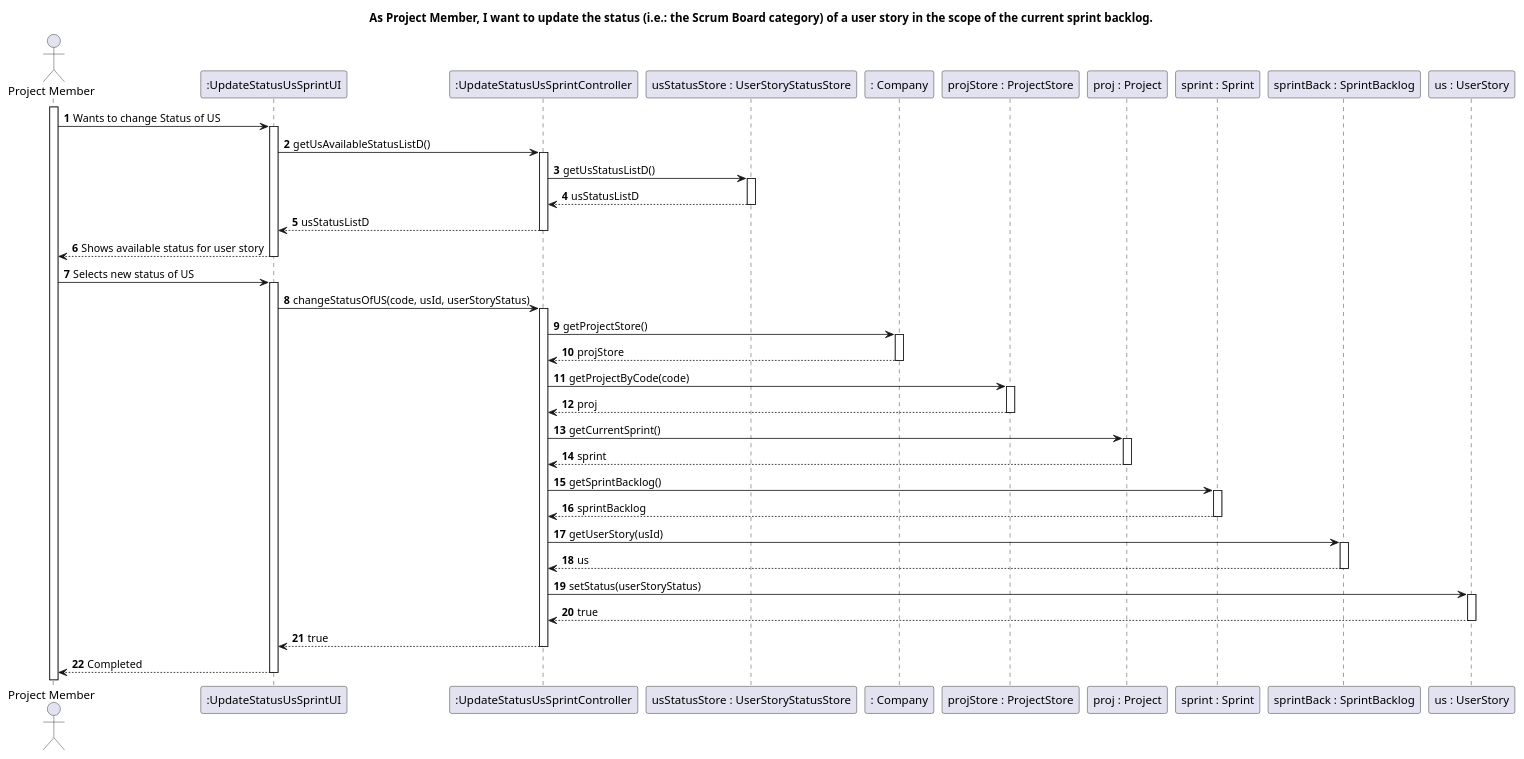
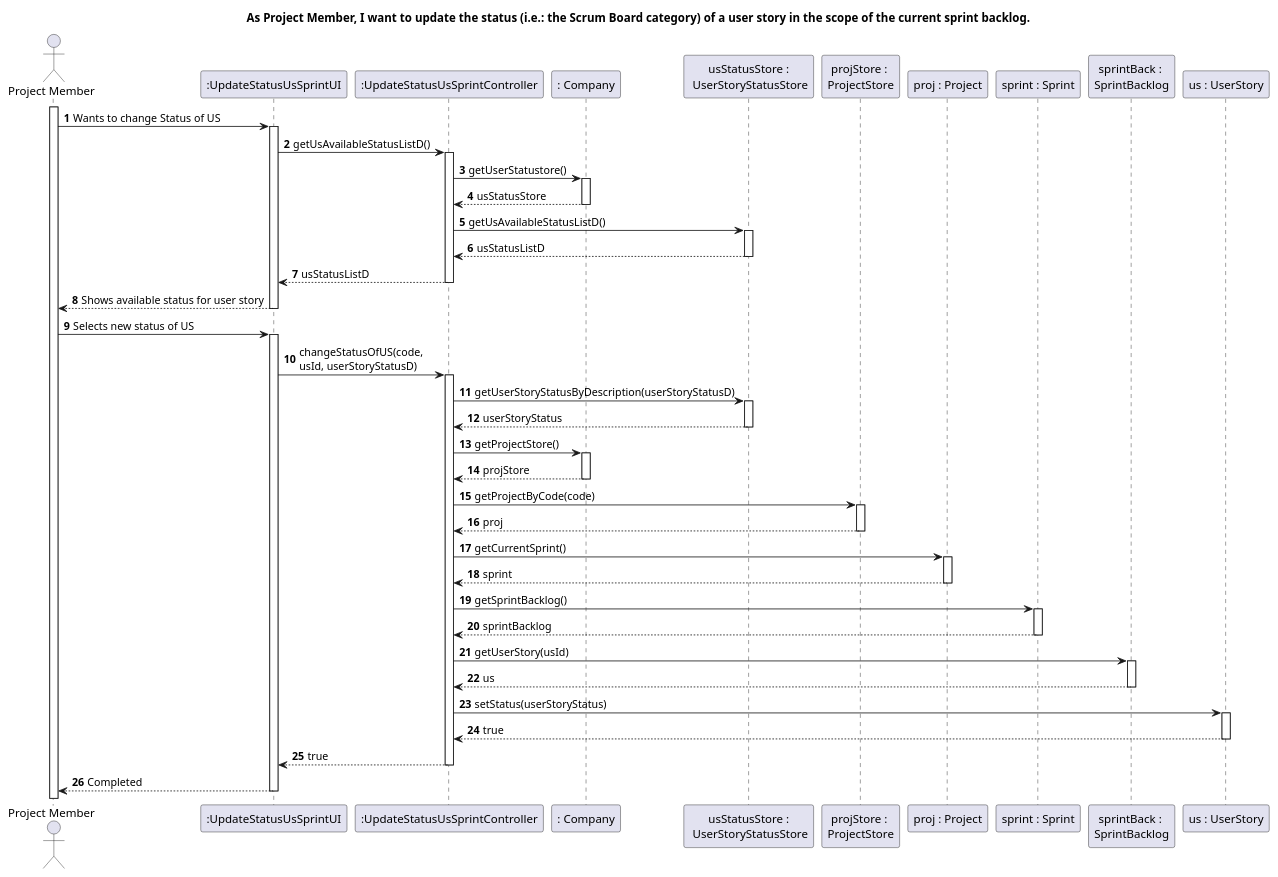
Before and after one commit to nunogon1211787/projectManagement: the diagram in docs/Sprint3/US034/US034-SD.puml, drawn with PlantUML. The commit also changed 4 other files, not shown here.

```diff
--- a/docs/Sprint3/US034/US034-SD.puml
+++ b/docs/Sprint3/US034/US034-SD.puml
@@ -1,51 +1,55 @@
 @startuml
 'https://plantuml.com/sequence-diagram
 
 title As Project Member, I want to update the status (i.e.: the Scrum Board category) of a user story in the scope of the current sprint backlog.
 
 autoactivate on
 autonumber
 
 actor "Project Member" as PM
 participant ":UpdateStatusUsSprintUI" as System
 participant ":UpdateStatusUsSprintController" as Ctrl
-participant "usStatusStore : UserStoryStatusStore" as C7
 participant ": Company" as C1
-participant "projStore : ProjectStore" as C2
+participant "usStatusStore :\n UserStoryStatusStore" as C7
+participant "projStore : \nProjectStore" as C2
 participant "proj : Project" as C3
 participant "sprint : Sprint" as C5
-participant "sprintBack : SprintBacklog" as C4
+participant "sprintBack : \nSprintBacklog" as C4
 
 participant "us : UserStory" as C6
 
 activate PM
 
 PM -> System: Wants to change Status of US
 System -> Ctrl: getUsAvailableStatusListD()
-Ctrl -> C7: getUsStatusListD()
+Ctrl -> C1: getUserStatustore()
+C1 --> Ctrl: usStatusStore
+Ctrl -> C7 : getUsAvailableStatusListD()
 C7 --> Ctrl: usStatusListD
 Ctrl --> System: usStatusListD
 System --> PM: Shows available status for user story
 
 PM -> System: Selects new status of US
-System -> Ctrl: changeStatusOfUS(code, usId, userStoryStatus)
+System -> Ctrl: changeStatusOfUS(code, \nusId, userStoryStatusD)
+Ctrl -> C7: getUserStoryStatusByDescription(userStoryStatusD)
+C7 -->Ctrl: userStoryStatus
 Ctrl -> C1: getProjectStore()
 C1 --> Ctrl: projStore
 Ctrl -> C2: getProjectByCode(code)
 C2 --> Ctrl: proj
 Ctrl -> C3: getCurrentSprint()
 C3 --> Ctrl: sprint
 Ctrl -> C5: getSprintBacklog()
 C5 --> Ctrl: sprintBacklog
 Ctrl -> C4: getUserStory(usId)
 C4 --> Ctrl: us
 Ctrl -> C6: setStatus(userStoryStatus)
 C6 --> Ctrl: true
 Ctrl --> System: true
 System --> PM: Completed
 
 
 
 
 
 @enduml
```
